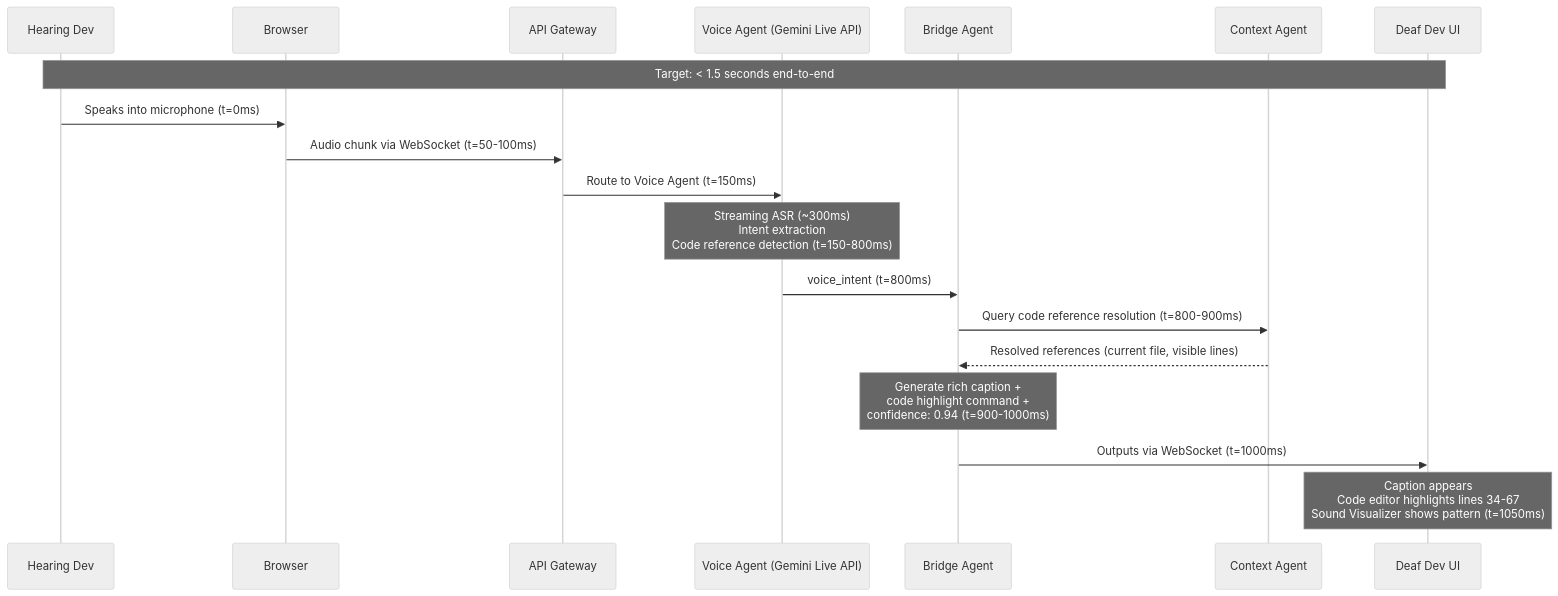
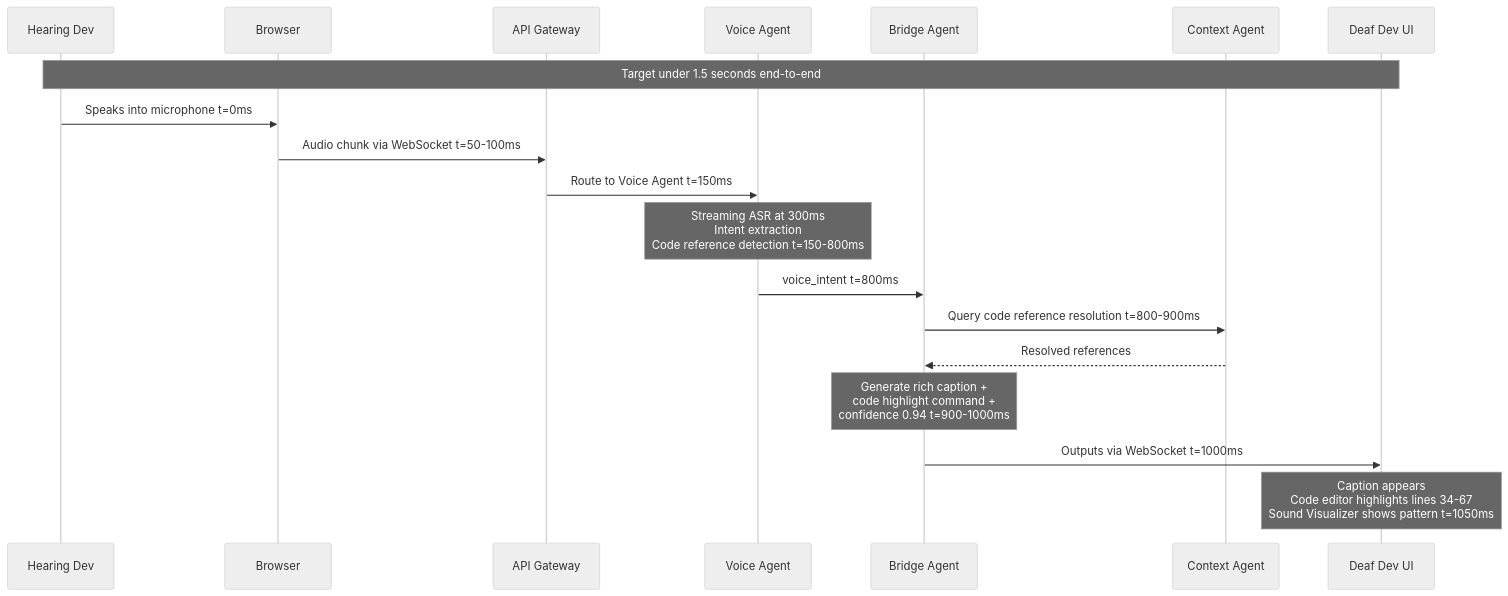
One commit to IndarKarhana/gemini-codebridge changed the ninth of 13 diagrams in docs/ARCHITECTURE.md. Above: the diagram before and after it, drawn with Mermaid (neutral theme). The commit also changed other lines of this file and 5 other files, not shown here.

First line of the commit message:
fix: repair mermaid diagrams and remove .cursor directory

````diff
--- a/docs/ARCHITECTURE.md
+++ b/docs/ARCHITECTURE.md
@@ -559,23 +559,23 @@
 ```mermaid
 sequenceDiagram
     participant HD as Hearing Dev
     participant Browser
     participant GW as API Gateway
-    participant VA as Voice Agent (Gemini Live API)
+    participant VA as Voice Agent
     participant BA as Bridge Agent
     participant CA as Context Agent
     participant DD as Deaf Dev UI
 
-    Note over HD,DD: Target: < 1.5 seconds end-to-end
+    Note over HD,DD: Target under 1.5 seconds end-to-end
 
-    HD->>Browser: Speaks into microphone (t=0ms)
-    Browser->>GW: Audio chunk via WebSocket (t=50-100ms)
-    GW->>VA: Route to Voice Agent (t=150ms)
-    Note over VA: Streaming ASR (~300ms)<br/>Intent extraction<br/>Code reference detection (t=150-800ms)
-    VA->>BA: voice_intent (t=800ms)
-    BA->>CA: Query code reference resolution (t=800-900ms)
-    CA-->>BA: Resolved references (current file, visible lines)
-    Note over BA: Generate rich caption +<br/>code highlight command +<br/>confidence: 0.94 (t=900-1000ms)
-    BA->>DD: Outputs via WebSocket (t=1000ms)
-    Note over DD: Caption appears<br/>Code editor highlights lines 34-67<br/>Sound Visualizer shows pattern (t=1050ms)
+    HD->>Browser: Speaks into microphone t=0ms
+    Browser->>GW: Audio chunk via WebSocket t=50-100ms
+    GW->>VA: Route to Voice Agent t=150ms
+    Note over VA: Streaming ASR at 300ms<br/>Intent extraction<br/>Code reference detection t=150-800ms
+    VA->>BA: voice_intent t=800ms
+    BA->>CA: Query code reference resolution t=800-900ms
+    CA-->>BA: Resolved references
+    Note over BA: Generate rich caption +<br/>code highlight command +<br/>confidence 0.94 t=900-1000ms
+    BA->>DD: Outputs via WebSocket t=1000ms
+    Note over DD: Caption appears<br/>Code editor highlights lines 34-67<br/>Sound Visualizer shows pattern t=1050ms
 ```
````
